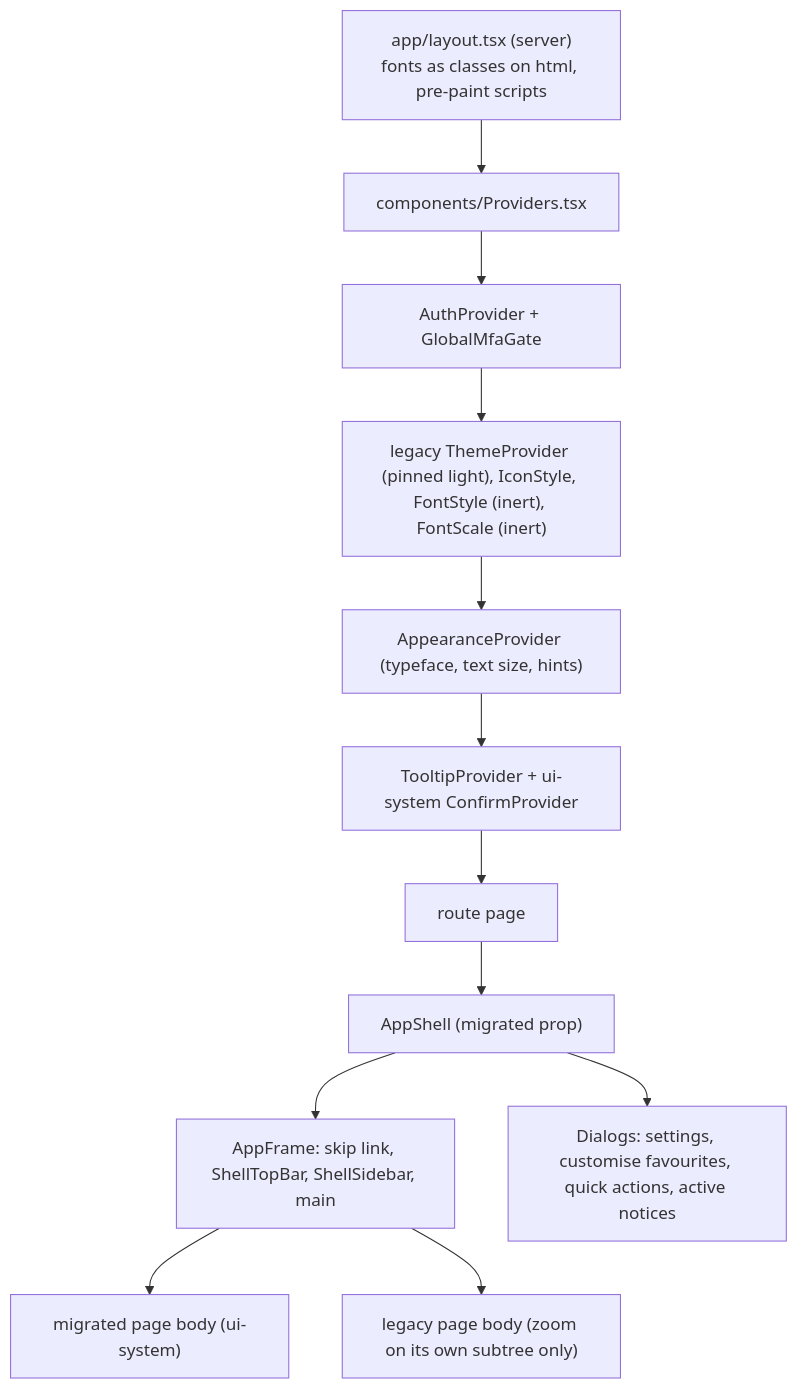
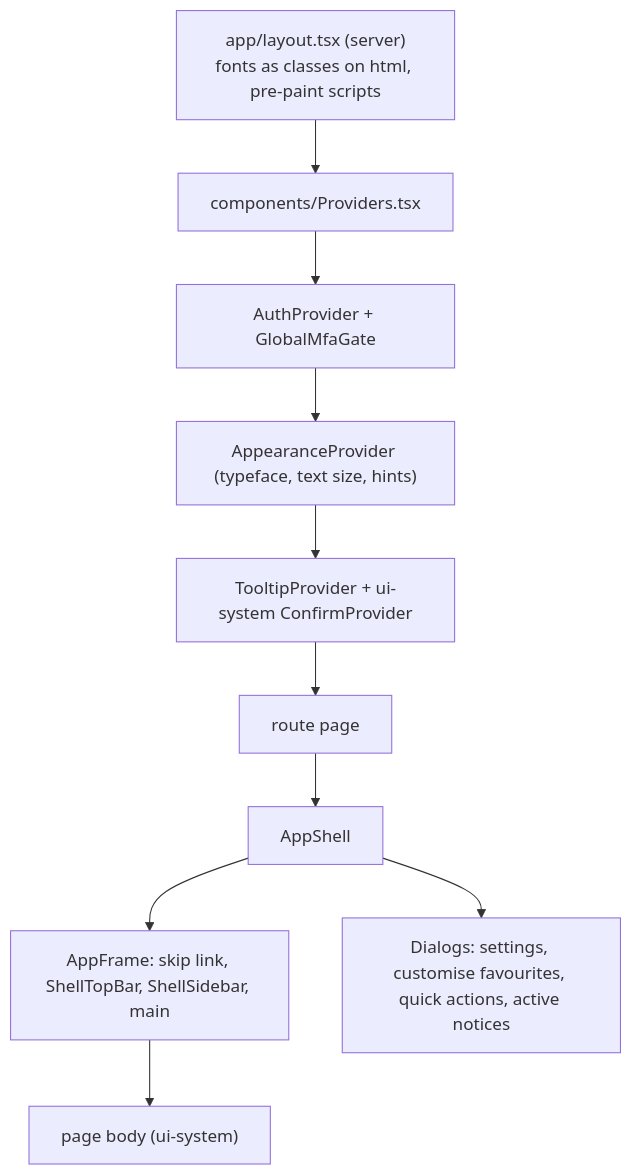
The diagram in docs/UI_ARCHITECTURE.md (abnjosphat-collab/myofficefrontend), drawn with Mermaid before and after one commit. The commit also changed other lines of this file and 85 other files, not shown here.

First line of the commit message:
refactor: one design system; delete the legacy system

````diff
--- a/docs/UI_ARCHITECTURE.md
+++ b/docs/UI_ARCHITECTURE.md
@@ -33,14 +34,12 @@
 ```mermaid
 flowchart TD
   L["app/layout.tsx (server)<br/>fonts as classes on html, pre-paint scripts"] --> P["components/Providers.tsx"]
   P --> A[AuthProvider + GlobalMfaGate]
-  A --> T["legacy ThemeProvider (pinned light), IconStyle, FontStyle (inert), FontScale (inert)"]
-  T --> AP["AppearanceProvider (typeface, text size, hints)"]
+  A --> AP["AppearanceProvider (typeface, text size, hints)"]
   AP --> TP[TooltipProvider + ui-system ConfirmProvider]
   TP --> R["route page"]
-  R --> S["AppShell (migrated prop)"]
+  R --> S["AppShell"]
   S --> F["AppFrame: skip link, ShellTopBar, ShellSidebar, main"]
   S --> D["Dialogs: settings, customise favourites, quick actions, active notices"]
-  F --> M["migrated page body (ui-system)"]
-  F --> G["legacy page body (zoom on its own subtree only)"]
+  F --> M["page body (ui-system)"]
 ```
````
